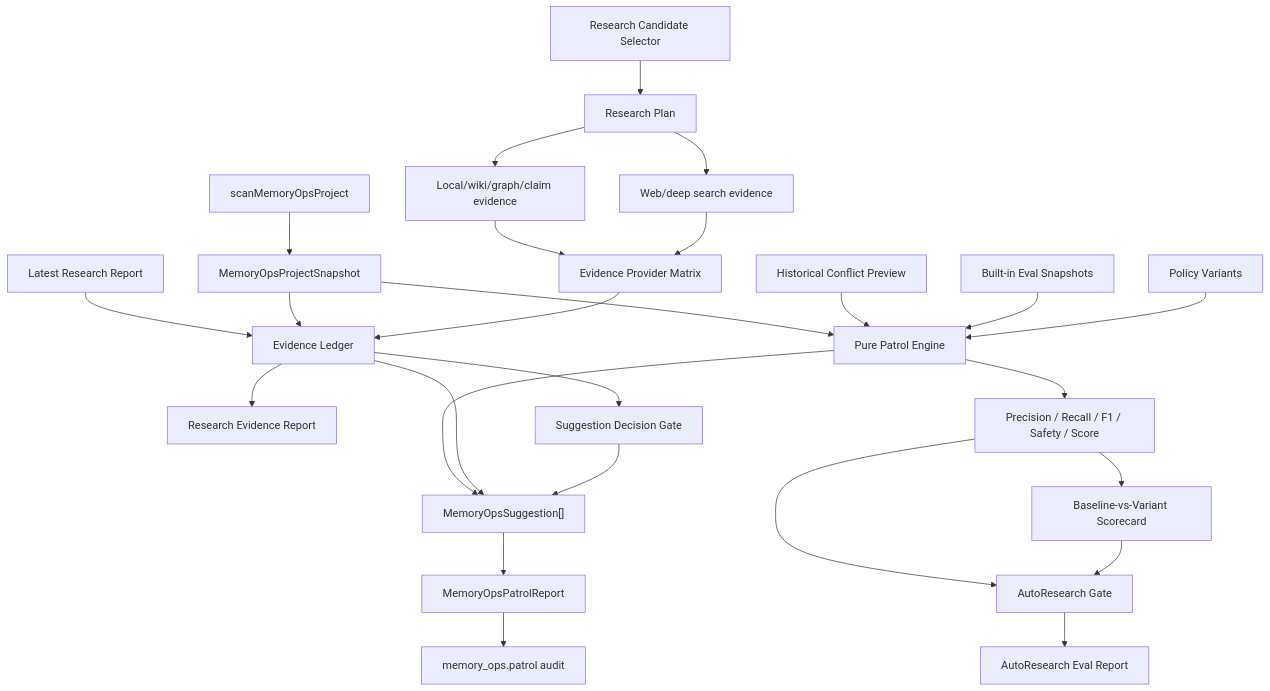
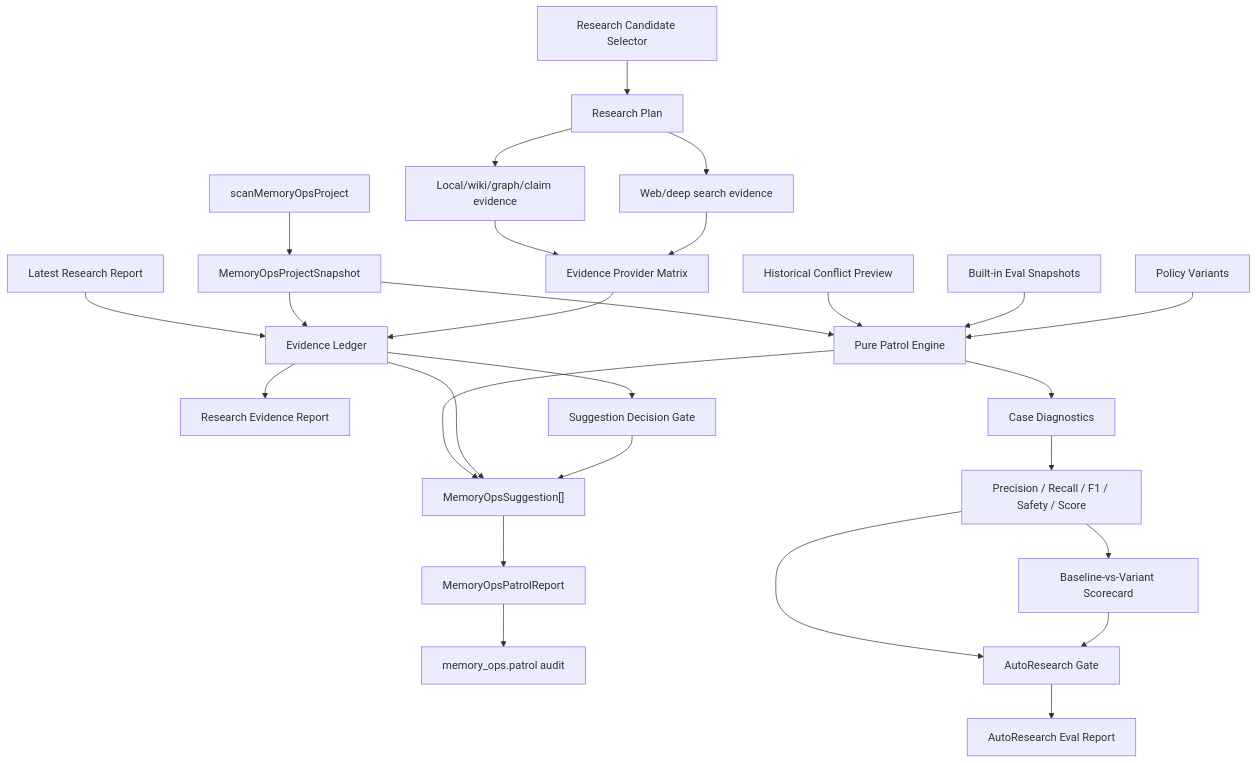
The diagram in docs/memory-ops-deep-research-autoresearch/requirements.md (hammersmith-xie/llm_wiki_v2), drawn with Mermaid before and after one commit. The commit also changed other lines of this file and 19 other files, not shown here.

````diff
--- a/docs/memory-ops-deep-research-autoresearch/requirements.md
+++ b/docs/memory-ops-deep-research-autoresearch/requirements.md
@@ -236,30 +261,31 @@
 ```mermaid
 flowchart TD
   Scan["scanMemoryOpsProject"] --> Snapshot["MemoryOpsProjectSnapshot"]
   Snapshot --> Engine["Pure Patrol Engine"]
   History["Historical Conflict Preview"] --> Engine
   LatestResearch["Latest Research Report"] --> Ledger["Evidence Ledger"]
   Snapshot --> Ledger
   Engine --> Suggestions["MemoryOpsSuggestion[]"]
   Ledger --> Suggestions
   Suggestions --> PatrolReport["MemoryOpsPatrolReport"]
   PatrolReport --> Audit["memory_ops.patrol audit"]
 
   Candidates["Research Candidate Selector"] --> Plan["Research Plan"]
   Plan --> LocalEvidence["Local/wiki/graph/claim evidence"]
   Plan --> WebEvidence["Web/deep search evidence"]
   LocalEvidence --> Matrix["Evidence Provider Matrix"]
   WebEvidence --> Matrix
   Matrix --> Ledger
   Ledger --> ResearchReport["Research Evidence Report"]
 
   Fixtures["Built-in Eval Snapshots"] --> Engine
   PolicyVariants["Policy Variants"] --> Engine
-  Engine --> EvalMetrics["Precision / Recall / F1 / Safety / Score"]
+  Engine --> EvalCaseDiagnostics["Case Diagnostics"]
+  EvalCaseDiagnostics --> EvalMetrics["Precision / Recall / F1 / Safety / Score"]
   EvalMetrics --> EvalGate["AutoResearch Gate"]
   EvalMetrics --> Scorecard["Baseline-vs-Variant Scorecard"]
   Scorecard --> EvalGate
   EvalGate --> EvalReport["AutoResearch Eval Report"]
   Ledger --> DecisionGate["Suggestion Decision Gate"]
   DecisionGate --> Suggestions
 ```
````
